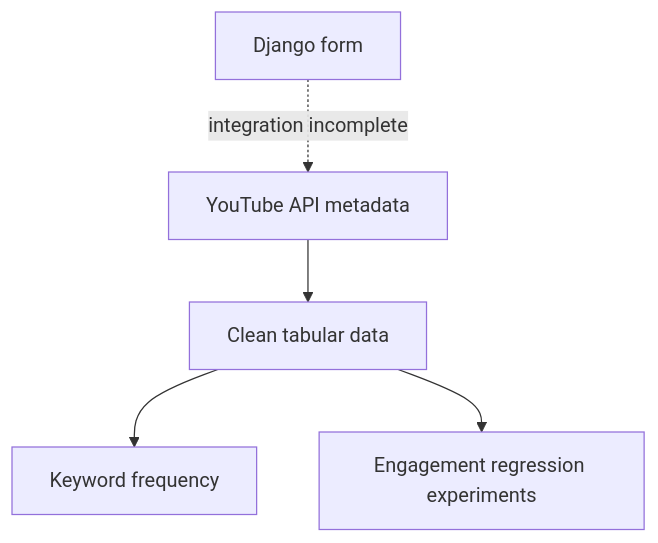
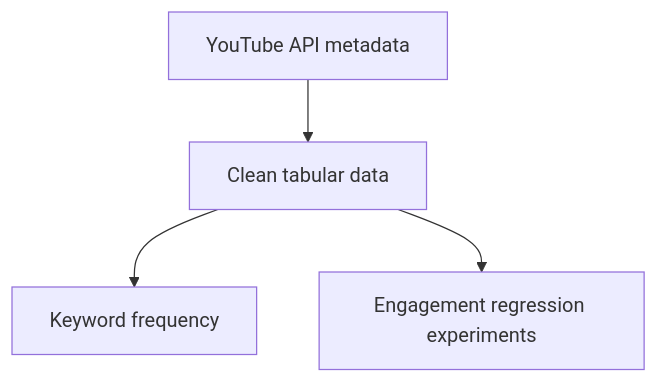
The diagram in README.md (Manahil-Iftikhar/YoutubeTitlePredictor), drawn with Mermaid before and after one commit. The commit also changed other lines of this file and 11 other files, not shown here.

````diff
--- a/README.md
+++ b/README.md
@@ -30,7 +30,6 @@
 ```mermaid
 flowchart TD
     A["YouTube API metadata"] --> B["Clean tabular data"]
     B --> C["Keyword frequency"]
     B --> D["Engagement regression experiments"]
-    E["Django form"] -. "integration incomplete" .-> A
 ```
````
